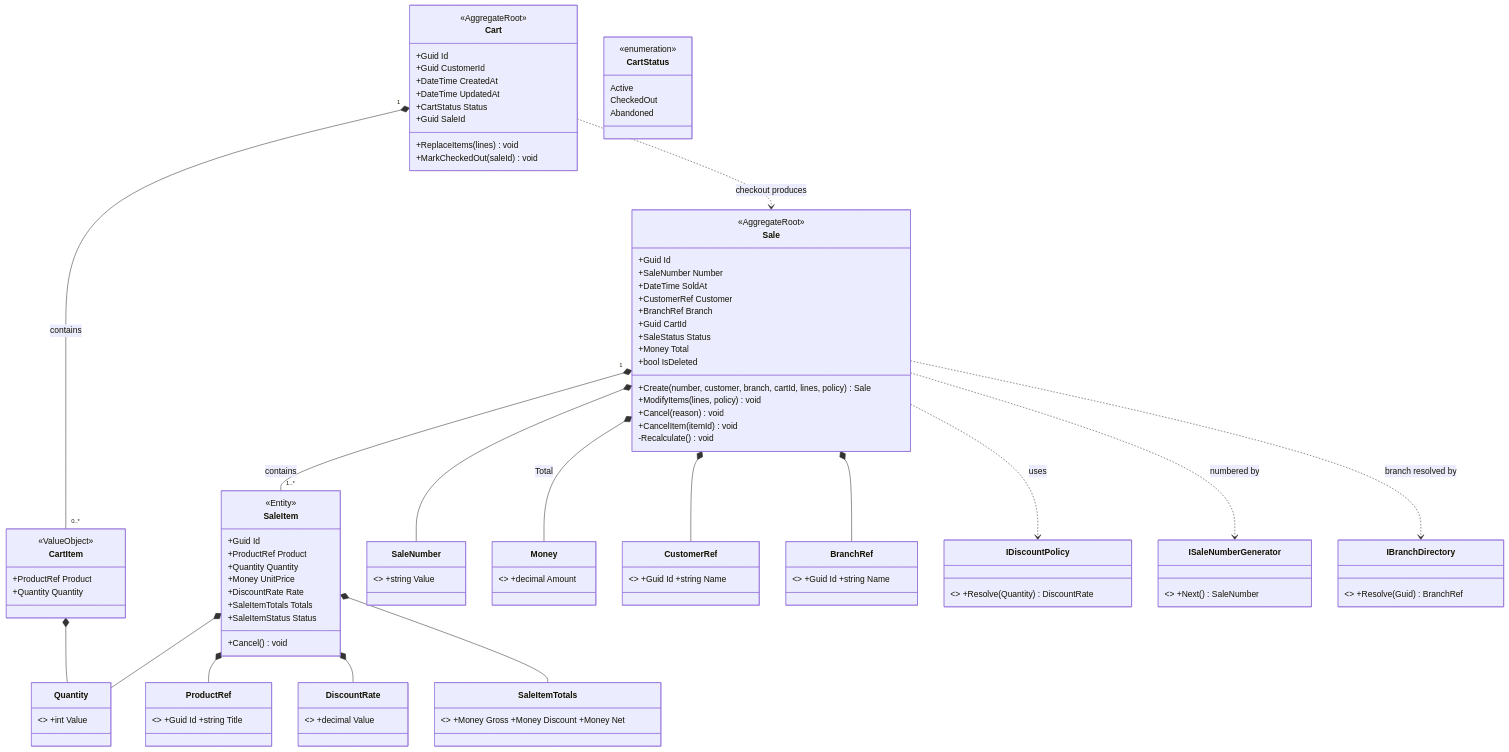
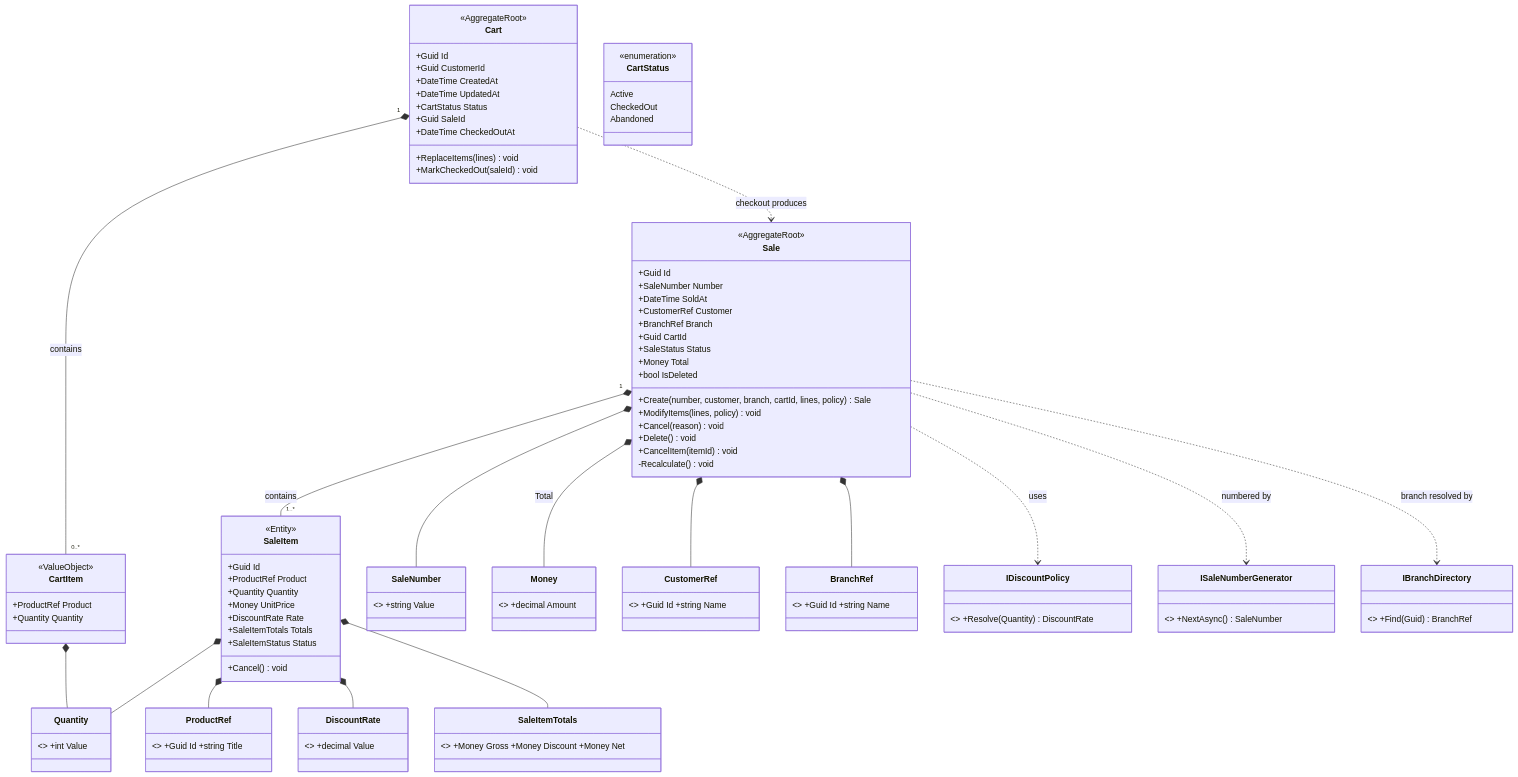
The fifth of 7 diagrams in .doc/my-own/diagrams.md (dante-escame/abi-gth-omnia-dev-eval), drawn with Mermaid before and after one commit. The commit also changed other lines of this file and 1 other file, not shown here.

Commit message:
docs: test scenarios and diagrams

```diff
--- a/.doc/my-own/diagrams.md
+++ b/.doc/my-own/diagrams.md
@@ -134,6 +140,7 @@
         +DateTime UpdatedAt
         +CartStatus Status
         +Guid SaleId
+        +DateTime CheckedOutAt
         +ReplaceItems(lines) void
         +MarkCheckedOut(saleId) void
     }
@@ -162,6 +169,7 @@
         +Create(number, customer, branch, cartId, lines, policy) Sale
         +ModifyItems(lines, policy) void
         +Cancel(reason) void
+        +Delete() void
         +CancelItem(itemId) void
         -Recalculate() void
     }
@@ -185,8 +193,8 @@
     class ProductRef { <<ValueObject>> +Guid Id +string Title }
     class SaleItemTotals { <<ValueObject>> +Money Gross +Money Discount +Money Net }
     class IDiscountPolicy { <<DomainService>> +Resolve(Quantity) DiscountRate }
-    class ISaleNumberGenerator { <<DomainService>> +Next() SaleNumber }
-    class IBranchDirectory { <<DomainService>> +Resolve(Guid) BranchRef }
+    class ISaleNumberGenerator { <<DomainService>> +NextAsync() SaleNumber }
+    class IBranchDirectory { <<DomainService>> +Find(Guid) BranchRef }
 
     Cart "1" *-- "0..*" CartItem : contains
     CartItem *-- Quantity
```
